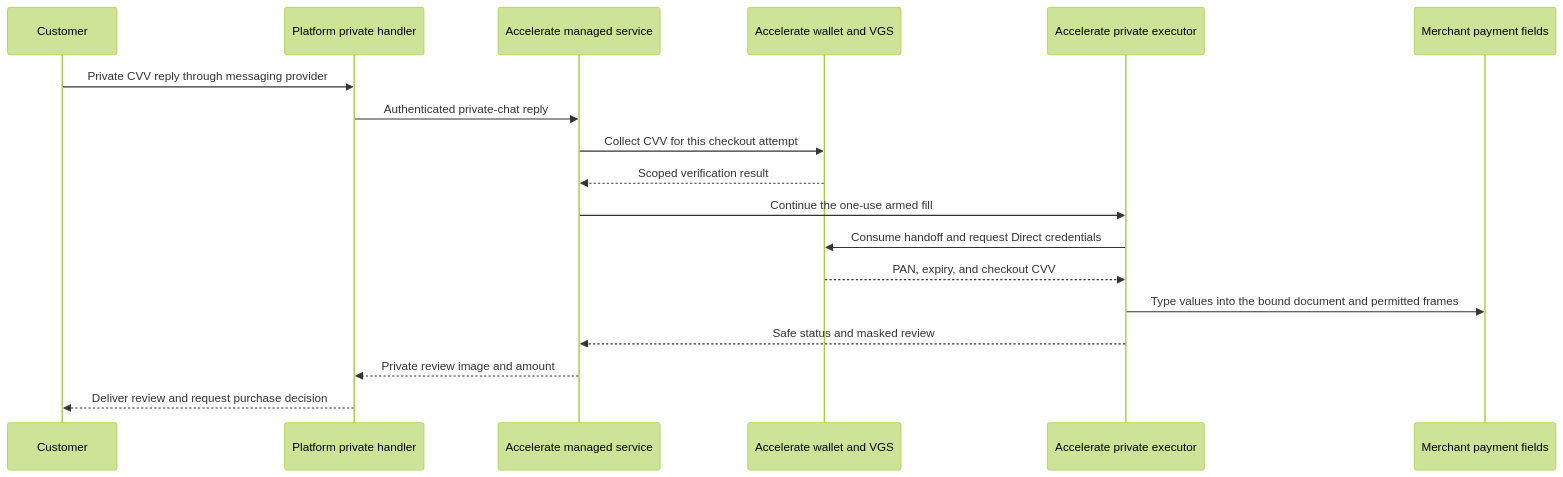
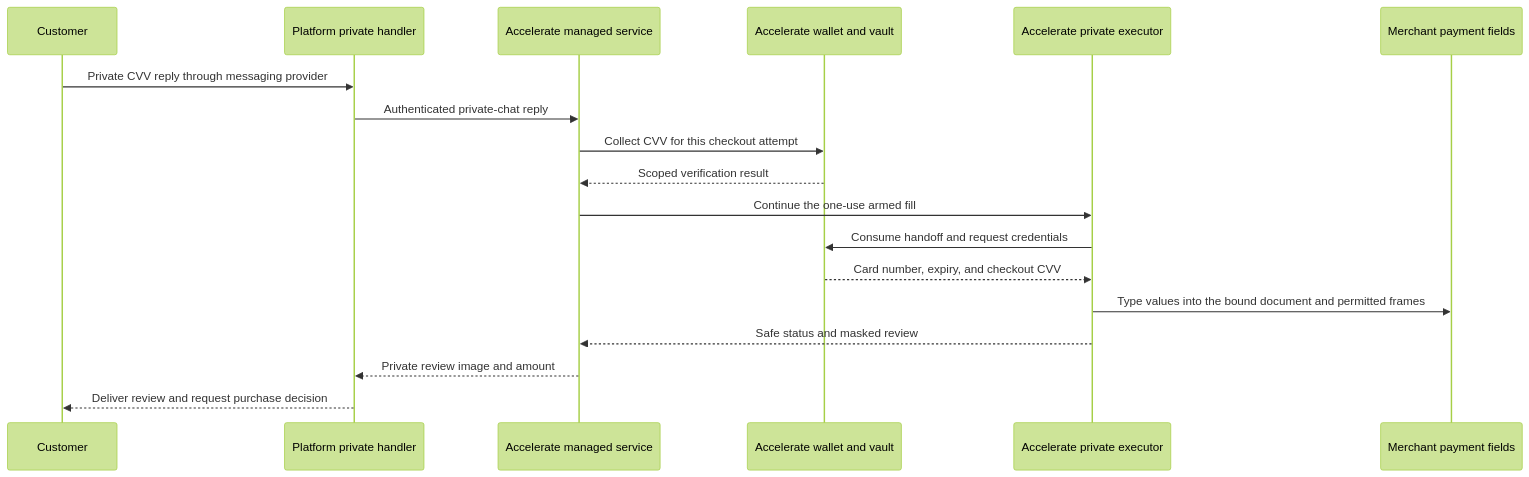
Before and after one commit to weaccelerateinc/examples: the diagram in docs/integrations/agentic-platforms-private-payments.md, drawn with Mermaid (forest theme). The commit also changed other lines of this file and 12 other files, not shown here.

````diff
--- a/docs/integrations/agentic-platforms-private-payments.md
+++ b/docs/integrations/agentic-platforms-private-payments.md
@@ -15,20 +15,20 @@
 ```mermaid
 sequenceDiagram
     participant Customer
     participant Ingress as Platform private handler
     participant Service as Accelerate managed service
-    participant Wallet as Accelerate wallet and VGS
+    participant Wallet as Accelerate wallet and vault
     participant Executor as Accelerate private executor
     participant Checkout as Merchant payment fields
     Customer->>Ingress: Private CVV reply through messaging provider
     Ingress->>Service: Authenticated private-chat reply
     Service->>Wallet: Collect CVV for this checkout attempt
     Wallet-->>Service: Scoped verification result
     Service->>Executor: Continue the one-use armed fill
-    Executor->>Wallet: Consume handoff and request Direct credentials
-    Wallet-->>Executor: PAN, expiry, and checkout CVV
+    Executor->>Wallet: Consume handoff and request credentials
+    Wallet-->>Executor: Card number, expiry, and checkout CVV
     Executor->>Checkout: Type values into the bound document and permitted frames
     Executor-->>Service: Safe status and masked review
     Service-->>Ingress: Private review image and amount
     Ingress-->>Customer: Deliver review and request purchase decision
 ```
````
